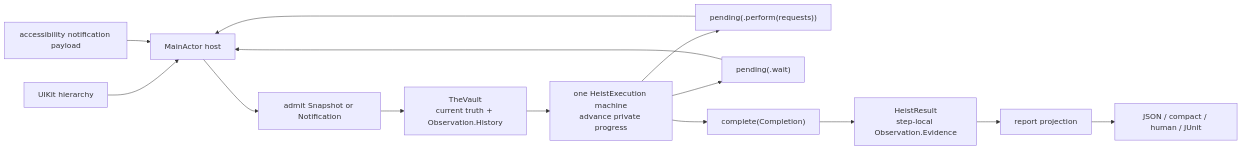
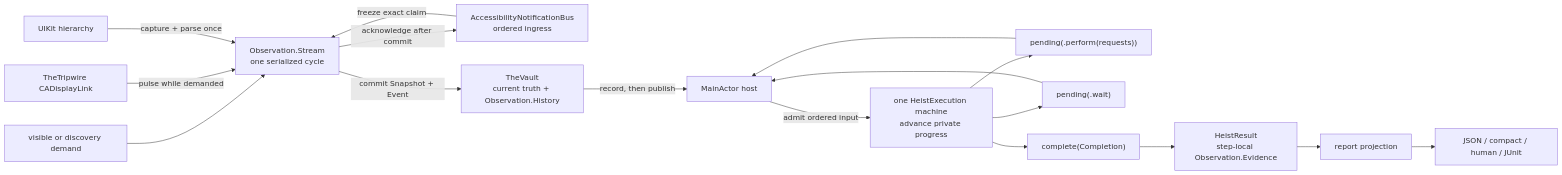
One commit to RoyalPineapple/TheButtonHeist changed the diagram in docs/diagrams/observation-pipeline.md. Above: the diagram before and after it, drawn with Mermaid. The commit also changed other lines of this file and 191 other files, not shown here.

Commit message:
Complete pulse-driven observation migration

````diff
--- a/docs/diagrams/observation-pipeline.md
+++ b/docs/diagrams/observation-pipeline.md
@@ -9,16 +9,19 @@
 ```mermaid
 flowchart LR
-    UIKit["UIKit hierarchy"] --> Host["MainActor host"]
-    Notice["accessibility notification payload"] --> Host
-    Host --> Admit["admit Snapshot or Notification"]
-    Admit --> Vault["TheVault<br/>current truth + Observation.History"]
-    Vault --> Machine["one HeistExecution machine<br/>advance private progress"]
+    Demand["visible or discovery demand"] --> Stream["Observation.Stream<br/>one serialized cycle"]
+    Link["TheTripwire CADisplayLink"] -->|"pulse while demanded"| Stream
+    Notice["AccessibilityNotificationBus<br/>ordered ingress"] -->|"freeze exact claim"| Stream
+    UIKit["UIKit hierarchy"] -->|"capture + parse once"| Stream
+    Stream -->|"commit Snapshot + Event"| Vault["TheVault<br/>current truth + Observation.History"]
+    Vault -->|"record, then publish"| Host["MainActor host"]
+    Host -->|"admit ordered input"| Machine["one HeistExecution machine<br/>advance private progress"]
     Machine --> Perform["pending(.perform(requests))"]
     Machine --> Wait["pending(.wait)"]
     Machine --> Complete["complete(Completion)"]
     Perform --> Host
     Wait --> Host
     Complete --> Result["HeistResult<br/>step-local Observation.Evidence"]
     Result --> Report["report projection"]
     Report --> Render["JSON / compact / human / JUnit"]
+    Stream -->|"acknowledge after commit"| Notice
 ```
````
